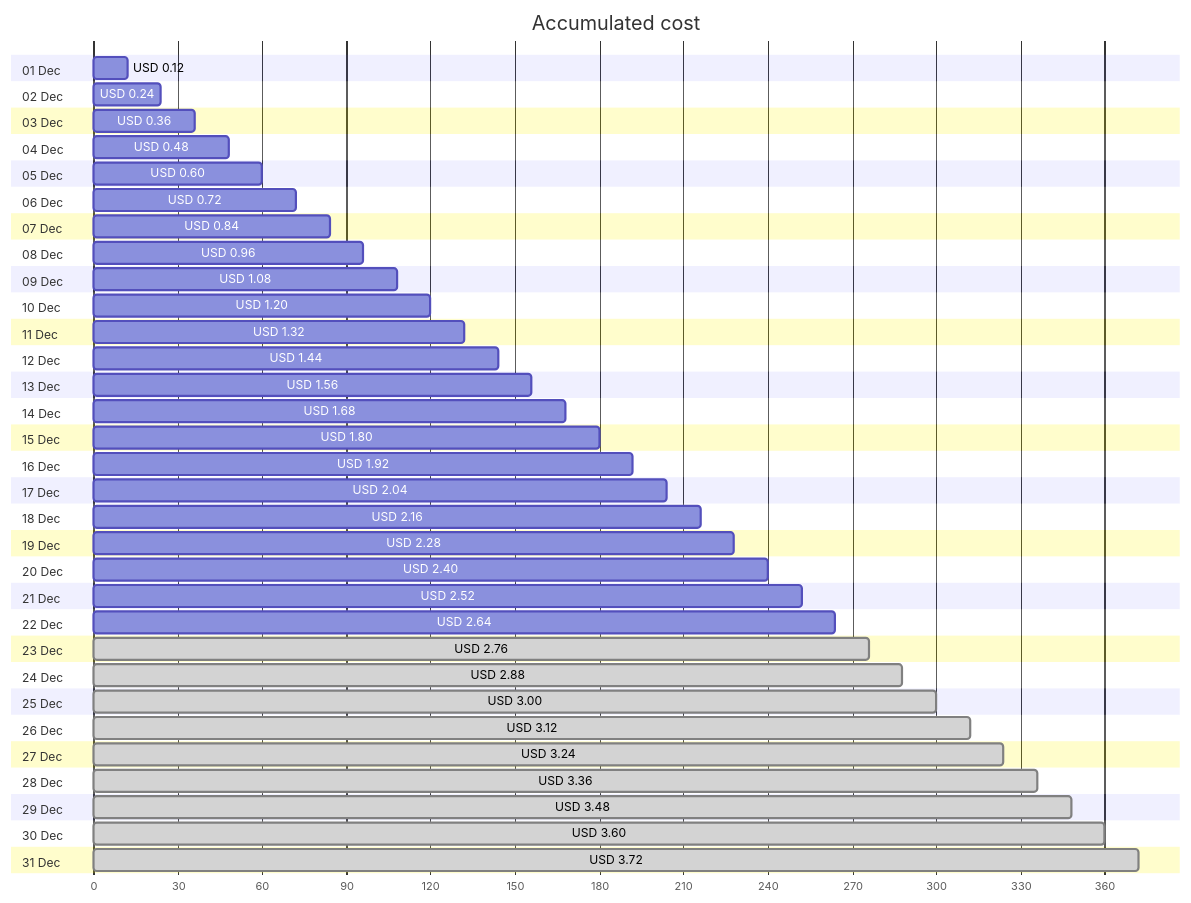
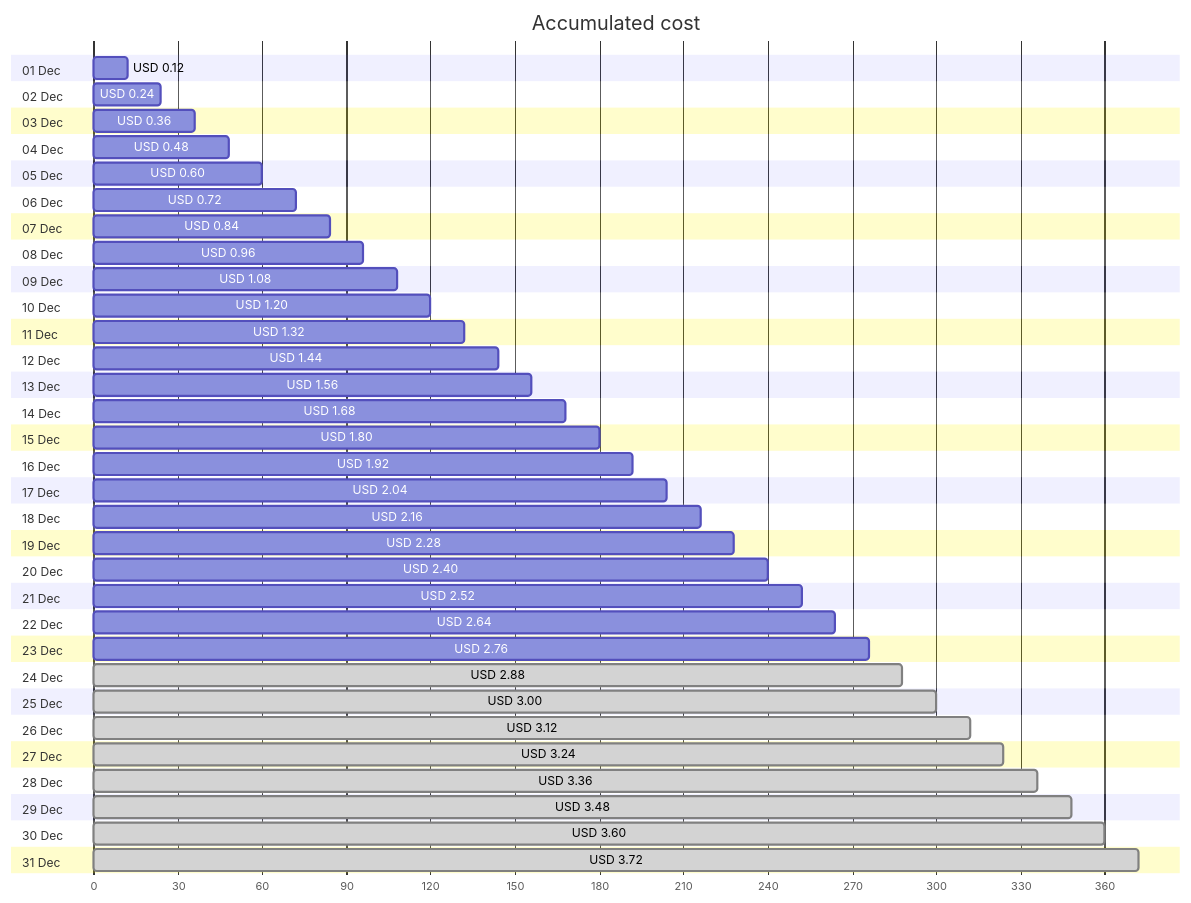
Before and after one commit to jpfulton/azure-personal-reports: the first of 4 diagrams in cost-reports/personal-network/backup-server-public-ip.md, drawn with Mermaid. The commit also changed other lines of this file and 8 other files, not shown here.

````diff
--- a/cost-reports/personal-network/backup-server-public-ip.md
+++ b/cost-reports/personal-network/backup-server-public-ip.md
@@ -20,68 +20,68 @@
 ```mermaid
 gantt
    title Accumulated cost
    dateFormat  X
    axisFormat %s
    section 01 Dec
    USD 0.12 :0, 12
    section 02 Dec
    USD 0.24 :0, 24
    section 03 Dec
    USD 0.36 :0, 36
    section 04 Dec
    USD 0.48 :0, 48
    section 05 Dec
    USD 0.60 :0, 60
    section 06 Dec
    USD 0.72 :0, 72
    section 07 Dec
    USD 0.84 :0, 84
    section 08 Dec
    USD 0.96 :0, 96
    section 09 Dec
    USD 1.08 :0, 108
    section 10 Dec
    USD 1.20 :0, 120
    section 11 Dec
    USD 1.32 :0, 132
    section 12 Dec
    USD 1.44 :0, 144
    section 13 Dec
    USD 1.56 :0, 156
    section 14 Dec
    USD 1.68 :0, 168
    section 15 Dec
    USD 1.80 :0, 180
    section 16 Dec
    USD 1.92 :0, 192
    section 17 Dec
    USD 2.04 :0, 204
    section 18 Dec
    USD 2.16 :0, 216
    section 19 Dec
    USD 2.28 :0, 228
    section 20 Dec
    USD 2.40 :0, 240
    section 21 Dec
    USD 2.52 :0, 252
    section 22 Dec
    USD 2.64 :0, 264
    section 23 Dec
-   USD 2.76 : done, 0, 276
+   USD 2.76 :0, 276
    section 24 Dec
    USD 2.88 : done, 0, 288
    section 25 Dec
    USD 3.00 : done, 0, 300
    section 26 Dec
    USD 3.12 : done, 0, 312
    section 27 Dec
    USD 3.24 : done, 0, 324
    section 28 Dec
    USD 3.36 : done, 0, 336
    section 29 Dec
    USD 3.48 : done, 0, 348
    section 30 Dec
    USD 3.60 : done, 0, 360
    section 31 Dec
    USD 3.72 : done, 0, 372
 ```
````
